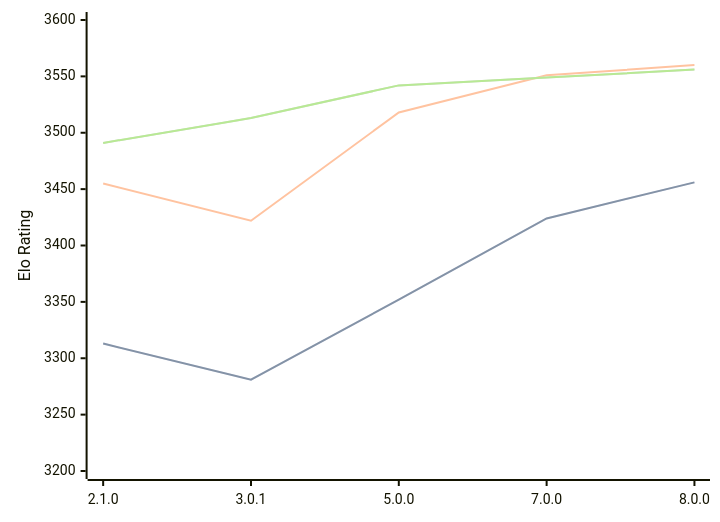
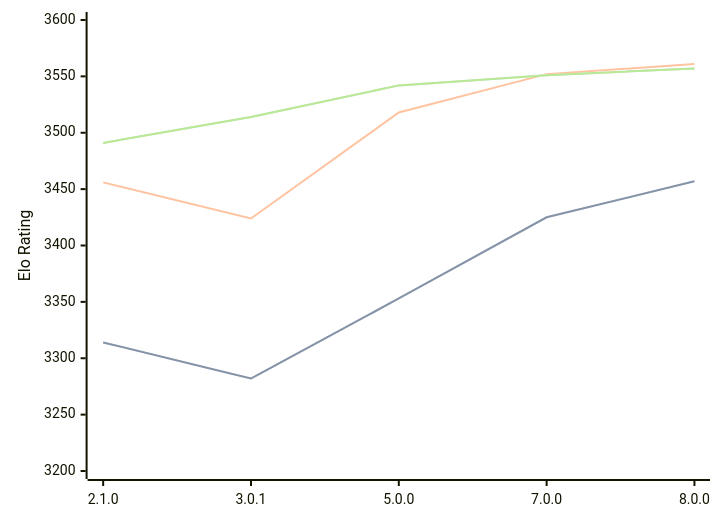
The diagram in engines/PlentyChess.md (computer-chess-index/cci), drawn with Mermaid before and after one commit. The commit also changed other lines of this file, not shown here.

Commit message:
Update CCI Ratings (ELO VLTC) - 2026-07-23

````diff
--- a/engines/PlentyChess.md
+++ b/engines/PlentyChess.md
@@ -46,11 +46,11 @@
 ```mermaid
 %%{init: {"theme":"base","themeVariables":{"seriesColors:['#a3a3a3','#222221','#faa371']}}}%%
 xychart-beta
   x-axis ["2.1.0", "3.0.1", "5.0.0", "7.0.0", "8.0.0"]
   y-axis "Elo Rating" 3200 --> 3600
-  line "STC (8.0+0.08s)" [3313, 3281, 3352, 3424, 3456]
-  line "STC (8.0+0.08s)" [3313, 3281, 3352, 3424, 3456]
-  line "LTC (60.0+0.60s)" [3455, 3422, 3518, 3551, 3560]
-  line "VLTC (2m24s+1.12s)" [3491, 3513, 3542, 3549, 3556]
-  line "VLTC (2m24s+1.12s)" [3491, 3513, 3542, 3549, 3556]
+  line "STC (8.0+0.08s)" [3314, 3282, 3353, 3425, 3457]
+  line "STC (8.0+0.08s)" [3314, 3282, 3353, 3425, 3457]
+  line "LTC (60.0+0.60s)" [3456, 3424, 3518, 3552, 3561]
+  line "VLTC (2m24s+1.12s)" [3491, 3514, 3542, 3551, 3557]
+  line "VLTC (2m24s+1.12s)" [3491, 3514, 3542, 3551, 3557]
 ```
````
